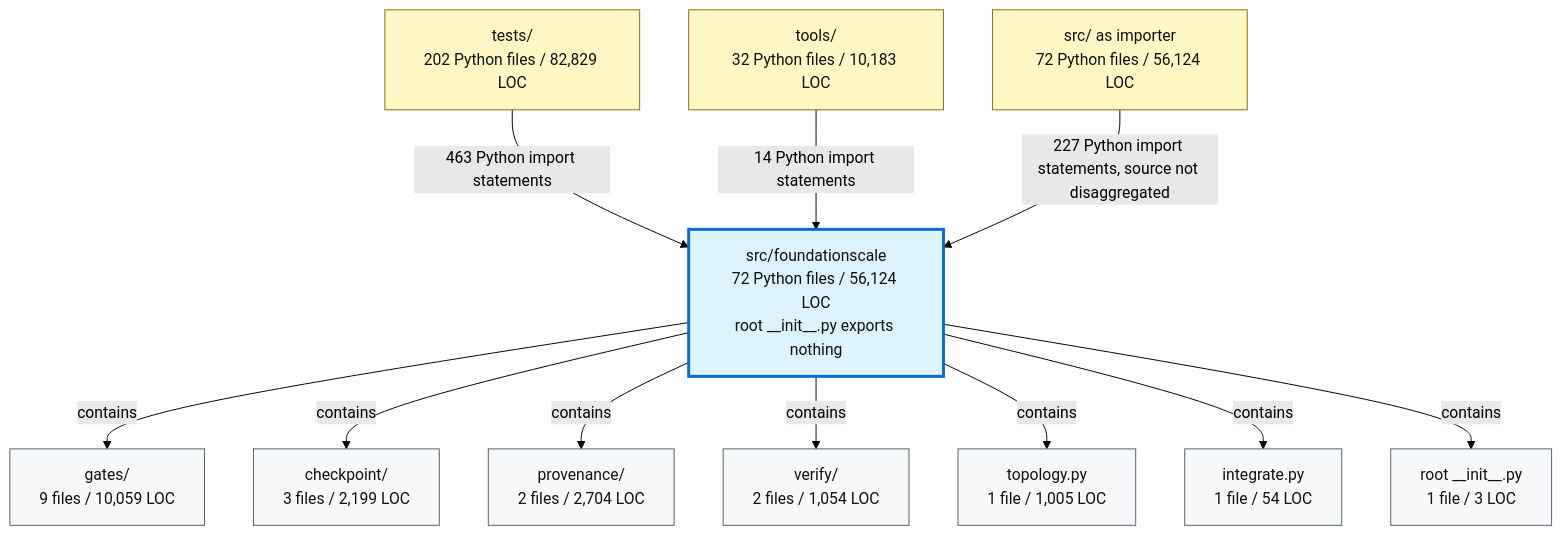
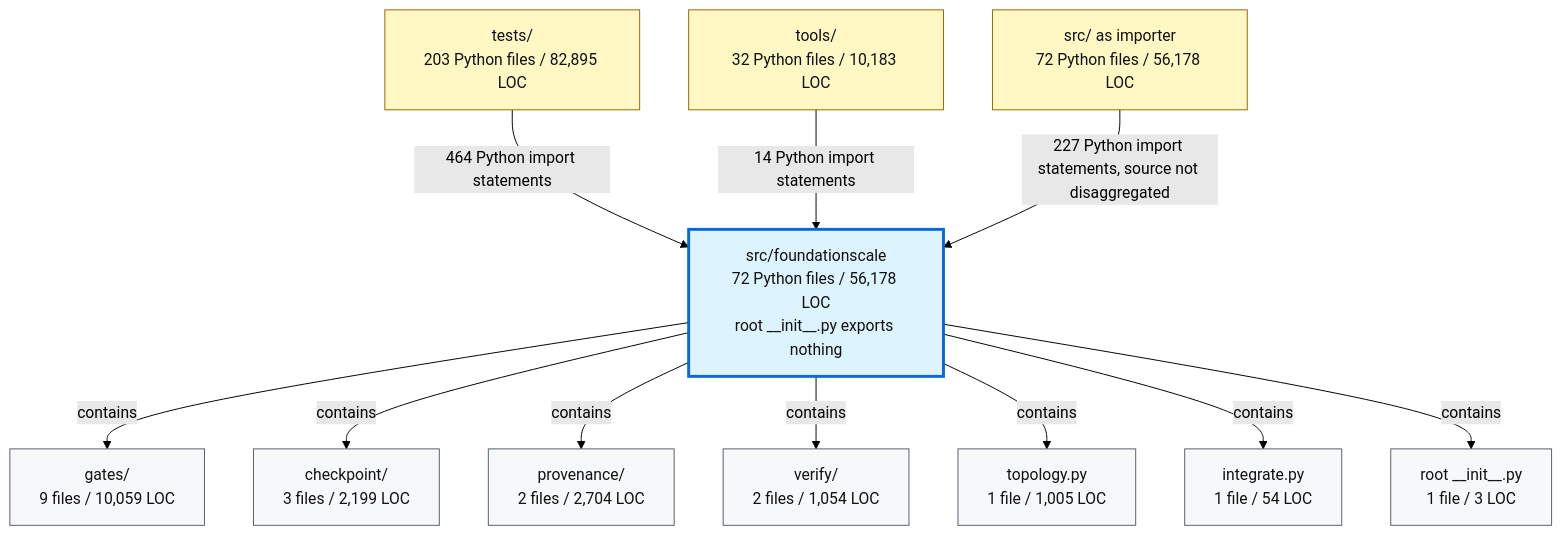
The second of 2 diagrams in docs/review/D2_current_architecture.md (TranNhiem/FoundationScale), drawn with Mermaid (forest theme) before and after one commit. The commit also changed other lines of this file and 10 other files, not shown here.

````diff
--- a/docs/review/D2_current_architecture.md
+++ b/docs/review/D2_current_architecture.md
@@ -97,36 +97,36 @@
 ```mermaid
 flowchart TB
-  TESTS["tests/<br/>202 Python files / 82,829 LOC"]
+  TESTS["tests/<br/>203 Python files / 82,895 LOC"]
   TOOLS["tools/<br/>32 Python files / 10,183 LOC"]
-  SRC["src/ as importer<br/>72 Python files / 56,124 LOC"]
+  SRC["src/ as importer<br/>72 Python files / 56,178 LOC"]
 
-  FS["src/foundationscale<br/>72 Python files / 56,124 LOC<br/>root __init__.py exports nothing"]
+  FS["src/foundationscale<br/>72 Python files / 56,178 LOC<br/>root __init__.py exports nothing"]
 
   GATES["gates/<br/>9 files / 10,059 LOC"]
   CKPT["checkpoint/<br/>3 files / 2,199 LOC"]
   PROV["provenance/<br/>2 files / 2,704 LOC"]
   VERIFY["verify/<br/>2 files / 1,054 LOC"]
   TOPO["topology.py<br/>1 file / 1,005 LOC"]
   INTEG["integrate.py<br/>1 file / 54 LOC"]
   ROOT["root __init__.py<br/>1 file / 3 LOC"]
 
-  TESTS -->|"463 Python import statements"| FS
+  TESTS -->|"464 Python import statements"| FS
   TOOLS -->|"14 Python import statements"| FS
   SRC -->|"227 Python import statements, source not disaggregated"| FS
 
   FS -->|"contains"| GATES
   FS -->|"contains"| CKPT
   FS -->|"contains"| PROV
   FS -->|"contains"| VERIFY
   FS -->|"contains"| TOPO
   FS -->|"contains"| INTEG
   FS -->|"contains"| ROOT
 
   classDef consumer fill:#fff8c5,stroke:#9a6700,color:#111;
   classDef package fill:#ddf4ff,stroke:#0969da,stroke-width:3px,color:#111;
   classDef module fill:#f6f8fa,stroke:#57606a,color:#111;
 
   class TESTS,TOOLS,SRC consumer;
   class FS package;
   class GATES,CKPT,PROV,VERIFY,TOPO,INTEG,ROOT module;
 ```
````
